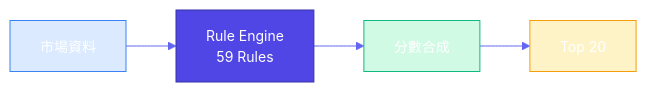
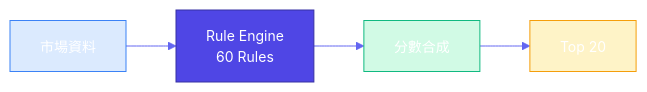
Before and after one commit to Neal75418/afterclose: the first of 3 diagrams in docs/RULE_ENGINE.md, drawn with Mermaid. The commit also changed other lines of this file and 53 other files, not shown here.

````diff
--- a/docs/RULE_ENGINE.md
+++ b/docs/RULE_ENGINE.md
@@ -11,12 +11,12 @@
 ```mermaid
 %%{init: {'theme': 'base', 'themeVariables': {'primaryColor': '#4F46E5', 'primaryTextColor': '#fff', 'primaryBorderColor': '#3730A3', 'lineColor': '#6366F1', 'fontSize': '14px'}}}%%
 flowchart LR
-    Data["市場資料"] --> Engine["Rule Engine\n59 Rules"]
+    Data["市場資料"] --> Engine["Rule Engine\n60 Rules"]
     Engine --> Score["分數合成"]
     Score --> Top["Top 20"]
 
     style Data fill:#DBEAFE,stroke:#3B82F6
     style Engine fill:#4F46E5,stroke:#3730A3,color:#fff
     style Score fill:#D1FAE5,stroke:#10B981
     style Top fill:#FEF3C7,stroke:#F59E0B
 ```
````
